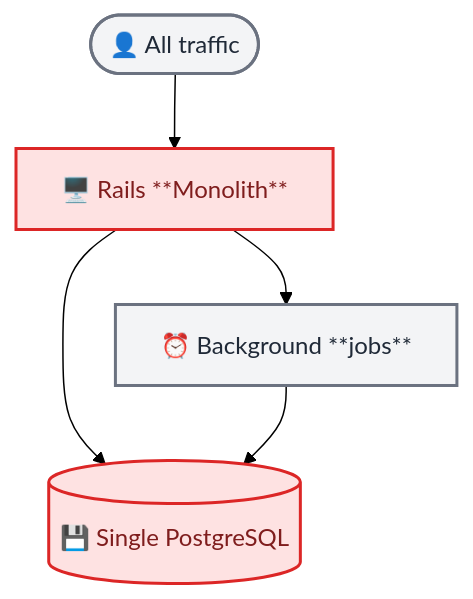
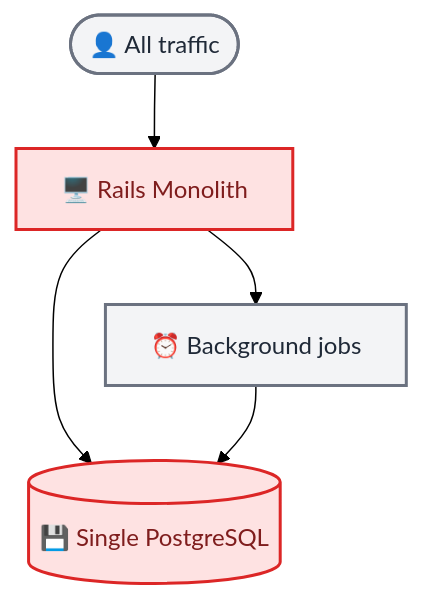
The sixth of 8 diagrams in skills/K-Dense-AI--claude-scientific-skills/skills/markdown-mermaid-writing/references/diagrams/complex_examples.md (thereisnotime/skills-collection), drawn with Mermaid (forest theme) before and after one commit. The commit also changed other lines of this file and 4040 other files, not shown here.

Commit message:
sync: update skills repos, readme and charts

````diff
--- a/skills/K-Dense-AI--claude-scientific-skills/skills/markdown-mermaid-writing/references/diagrams/complex_examples.md
+++ b/skills/K-Dense-AI--claude-scientific-skills/skills/markdown-mermaid-writing/references/diagrams/complex_examples.md
@@ -271,16 +271,16 @@
 ```mermaid
 flowchart TB
     accTitle: Current State Monolith Architecture
     accDescr: Single Rails monolith handling all traffic through one server connected to one database showing the scaling bottleneck
 
-    client([👤 All traffic]) --> mono[🖥️ Rails **Monolith**]
+    client([👤 All traffic]) --> mono[🖥️ Rails Monolith]
     mono --> db[(💾 Single PostgreSQL)]
-    mono --> jobs[⏰ Background **jobs**]
+    mono --> jobs[⏰ Background jobs]
     jobs --> db
 
     classDef bottleneck fill:#fee2e2,stroke:#dc2626,stroke-width:2px,color:#7f1d1d
     classDef neutral fill:#f3f4f6,stroke:#6b7280,stroke-width:2px,color:#1f2937
 
     class mono,db bottleneck
     class client,jobs neutral
 ```
````
